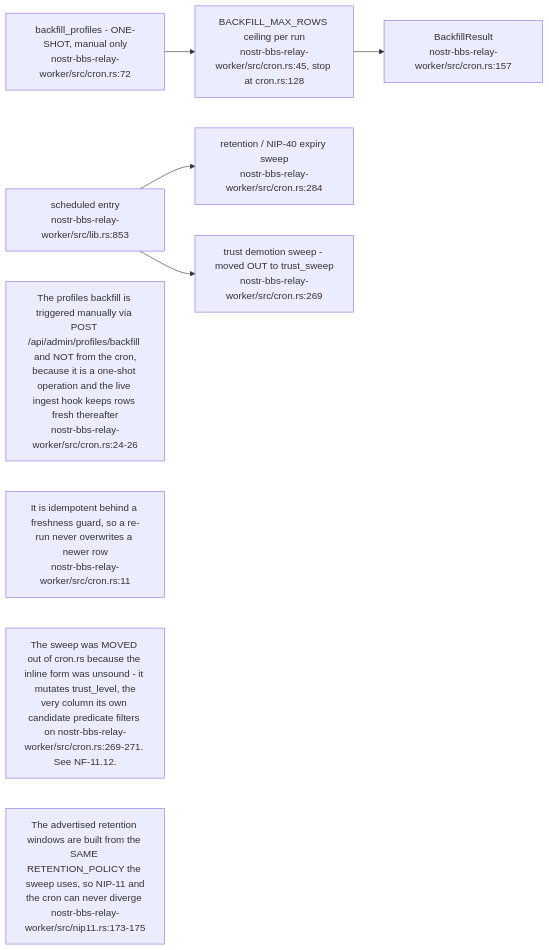
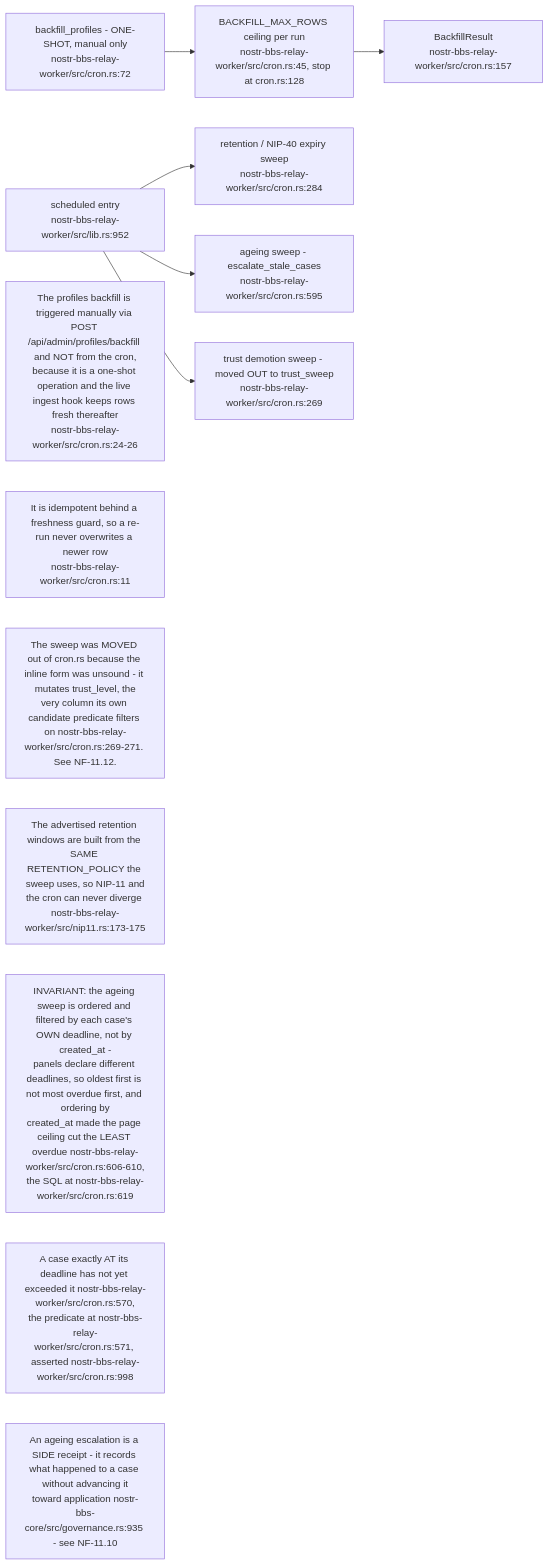
Diagram 13 of 15 in docs/diagrams/nostr-rust-forum/11-relay-durable-object-internals.md (DreamLab-AI/VisionFlow), drawn with Mermaid before and after one commit. The commit also changed other lines of this file and 11 other files, not shown here.

````diff
--- a/docs/diagrams/nostr-rust-forum/11-relay-durable-object-internals.md
+++ b/docs/diagrams/nostr-rust-forum/11-relay-durable-object-internals.md
@@ -345,17 +372,21 @@
 ```mermaid
 flowchart LR
-    CRON["scheduled entry<br/>nostr-bbs-relay-worker/src/lib.rs:853"]
+    CRON["scheduled entry<br/>nostr-bbs-relay-worker/src/lib.rs:952"]
     BF["backfill_profiles - ONE-SHOT, manual only<br/>nostr-bbs-relay-worker/src/cron.rs:72"]
     CAP["BACKFILL_MAX_ROWS ceiling per run<br/>nostr-bbs-relay-worker/src/cron.rs:45, stop at cron.rs:128"]
     RES["BackfillResult<br/>nostr-bbs-relay-worker/src/cron.rs:157"]
     RET["retention / NIP-40 expiry sweep<br/>nostr-bbs-relay-worker/src/cron.rs:284"]
+    AGE["ageing sweep - escalate_stale_cases<br/>nostr-bbs-relay-worker/src/cron.rs:595"]
     SW["trust demotion sweep - moved OUT to trust_sweep<br/>nostr-bbs-relay-worker/src/cron.rs:269"]
 
-    CRON --> RET & SW
+    CRON --> RET & SW & AGE
     BF --> CAP --> RES
 
     N1["The profiles backfill is triggered manually via POST /api/admin/profiles/backfill and NOT from the cron,<br/>because it is a one-shot operation and the live ingest hook keeps rows fresh thereafter<br/>nostr-bbs-relay-worker/src/cron.rs:24-26"]
     N2["It is idempotent behind a freshness guard, so a re-run never overwrites a newer row<br/>nostr-bbs-relay-worker/src/cron.rs:11"]
     N3["The sweep was MOVED out of cron.rs because the inline form was unsound - it mutates trust_level, the<br/>very column its own candidate predicate filters on nostr-bbs-relay-worker/src/cron.rs:269-271. See NF-11.12."]
     N4["The advertised retention windows are built from the SAME RETENTION_POLICY the sweep uses, so NIP-11 and<br/>the cron can never diverge nostr-bbs-relay-worker/src/nip11.rs:173-175"]
+    N5["INVARIANT: the ageing sweep is ordered and filtered by each case's OWN deadline, not by created_at -<br/>panels declare different deadlines, so oldest first is not most overdue first, and ordering by<br/>created_at made the page ceiling cut the LEAST overdue nostr-bbs-relay-worker/src/cron.rs:606-610,<br/>the SQL at nostr-bbs-relay-worker/src/cron.rs:619"]
+    N6["A case exactly AT its deadline has not yet exceeded it nostr-bbs-relay-worker/src/cron.rs:570,<br/>the predicate at nostr-bbs-relay-worker/src/cron.rs:571, asserted nostr-bbs-relay-worker/src/cron.rs:998"]
+    N7["An ageing escalation is a SIDE receipt - it records what happened to a case without advancing it<br/>toward application nostr-bbs-core/src/governance.rs:935 - see NF-11.10"]
 ```
````
